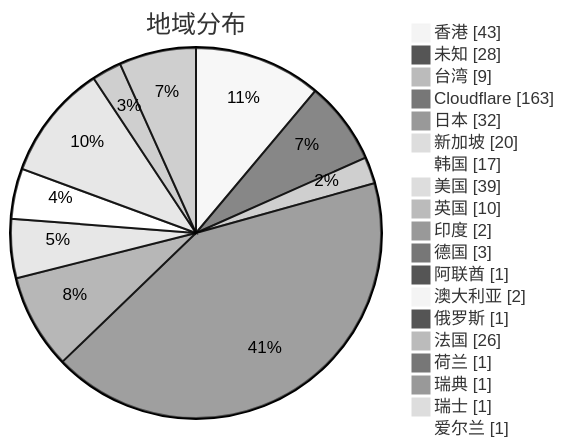
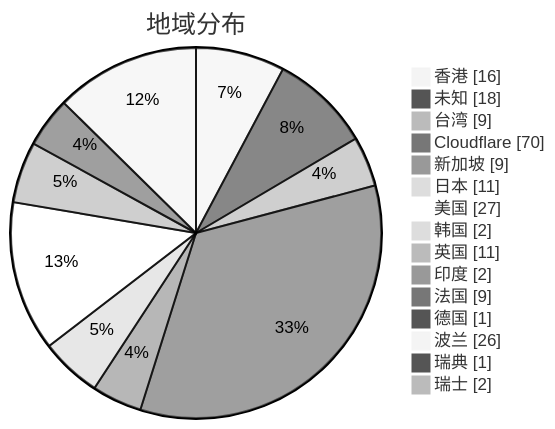
The second of 3 diagrams in subs/statistics/tested_within.md (qjlxg/airport), drawn with Mermaid (neutral theme) before and after one commit. The commit also changed other lines of this file and 2 other files, not shown here.

Commit message:
Tested by metaST

````diff
--- a/subs/statistics/tested_within.md
+++ b/subs/statistics/tested_within.md
@@ -12,23 +12,19 @@
 ```mermaid
 pie showData
 title 地域分布
-"香港" : 43
-"未知" : 28
+"香港" : 16
+"未知" : 18
 "台湾" : 9
-"Cloudflare" : 163
-"日本" : 32
-"新加坡" : 20
-"韩国" : 17
-"美国" : 39
-"英国" : 10
+"Cloudflare" : 70
+"新加坡" : 9
+"日本" : 11
+"美国" : 27
+"韩国" : 2
+"英国" : 11
 "印度" : 2
-"德国" : 3
-"阿联酋" : 1
-"澳大利亚" : 2
-"俄罗斯" : 1
-"法国" : 26
-"荷兰" : 1
+"法国" : 9
+"德国" : 1
+"波兰" : 26
 "瑞典" : 1
-"瑞士" : 1
-"爱尔兰" : 1
+"瑞士" : 2
 ```
````
